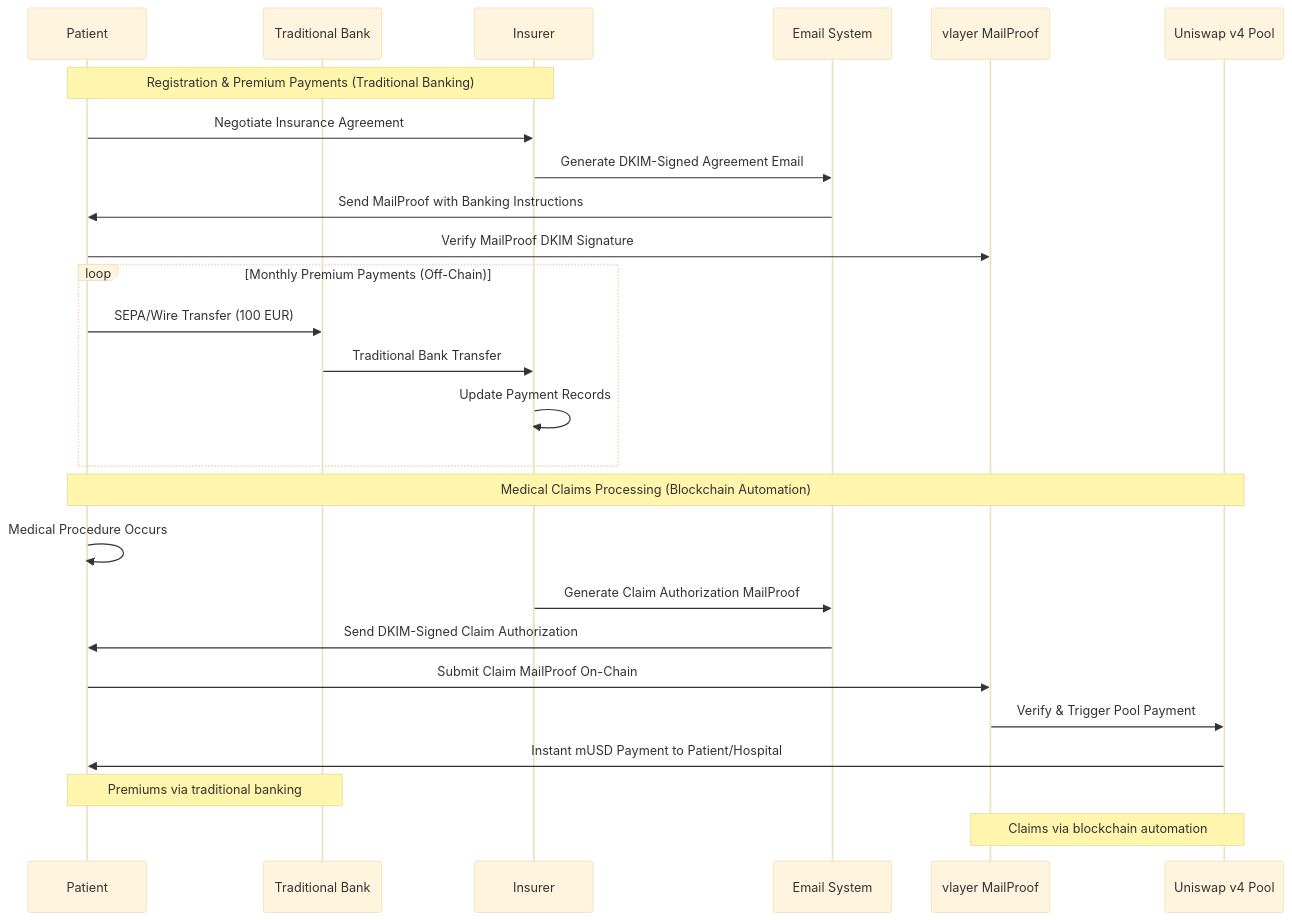
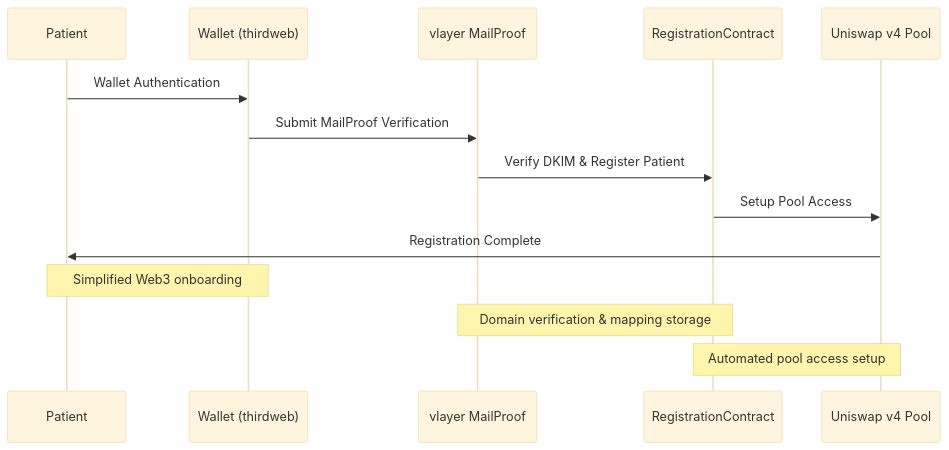
The fourth of 8 diagrams in memory-bank/activeContext.md (ppezzull/zkMed), drawn with Mermaid (base theme) before and after one commit. The commit also changed other lines of this file and 5 other files, not shown here.

````diff
--- a/memory-bank/activeContext.md
+++ b/memory-bank/activeContext.md
@@ -125,32 +157,18 @@
 ```mermaid
 sequenceDiagram
     participant P as Patient
-    participant Bank as Traditional Bank
-    participant I as Insurer
-    participant E as Email System
+    participant W as Wallet (thirdweb)
     participant V as vlayer MailProof
+    participant R as RegistrationContract
     participant U as Uniswap v4 Pool
 
-    Note over P,I: Registration & Premium Payments (Traditional Banking)
-    P->>I: Negotiate Insurance Agreement
-    I->>E: Generate DKIM-Signed Agreement Email
-    E->>P: Send MailProof with Banking Instructions
-    P->>V: Verify MailProof DKIM Signature
+    P->>W: Wallet Authentication
+    W->>V: Submit MailProof Verification
+    V->>R: Verify DKIM & Register Patient
+    R->>U: Setup Pool Access
+    U->>P: Registration Complete
     
-    loop Monthly Premium Payments (Off-Chain)
-        P->>Bank: SEPA/Wire Transfer (100 EUR)
-        Bank->>I: Traditional Bank Transfer
-        I->>I: Update Payment Records
-    end
-    
-    Note over P,U: Medical Claims Processing (Blockchain Automation)
-    P->>P: Medical Procedure Occurs
-    I->>E: Generate Claim Authorization MailProof
-    E->>P: Send DKIM-Signed Claim Authorization
-    P->>V: Submit Claim MailProof On-Chain
-    V->>U: Verify & Trigger Pool Payment
-    U->>P: Instant mUSD Payment to Patient/Hospital
-    
-    Note over P,Bank: Premiums via traditional banking
-    Note over V,U: Claims via blockchain automation
+    Note over P,W: Simplified Web3 onboarding
+    Note over V,R: Domain verification & mapping storage
+    Note over R,U: Automated pool access setup
 ```
````
